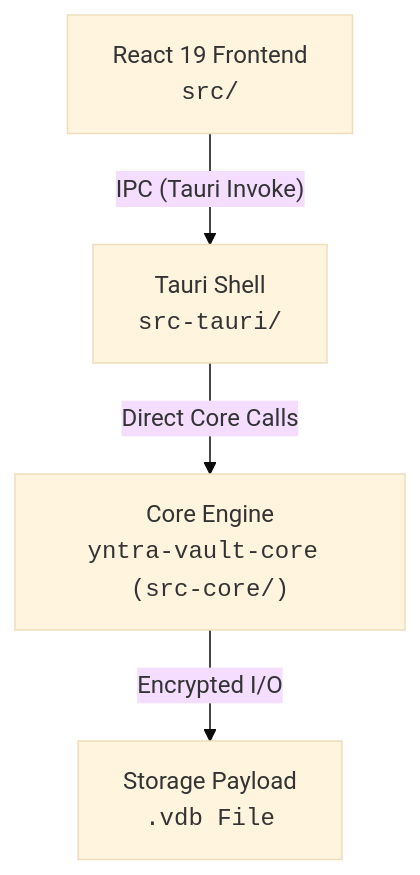
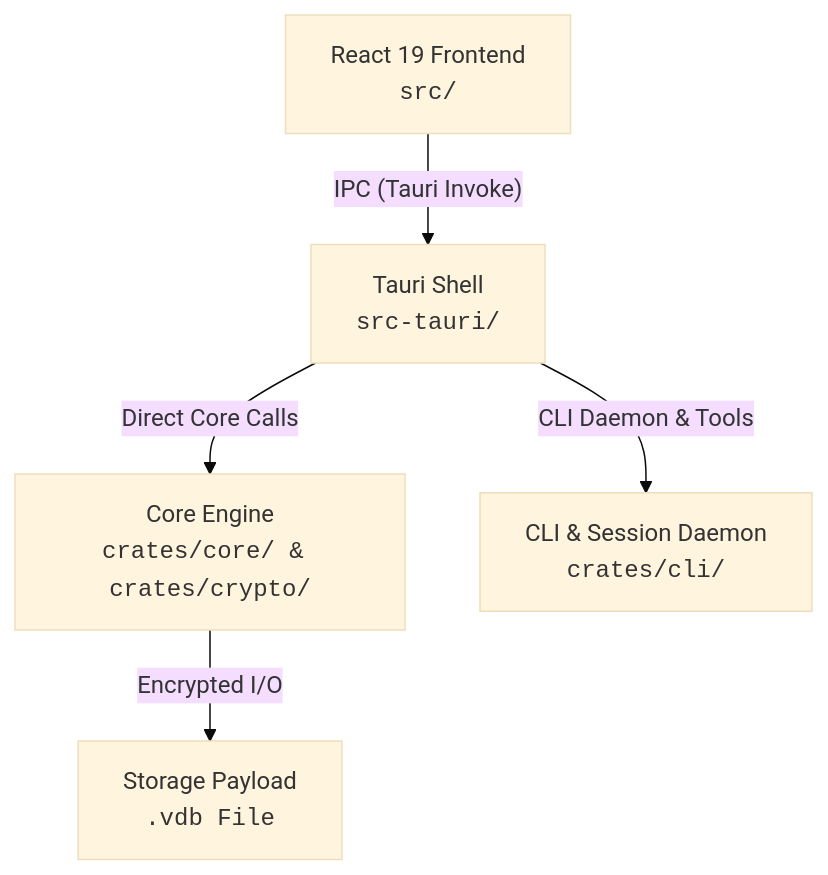
One commit to YntraAB/yntra-vault changed the second of 2 diagrams in README.md. Above: the diagram before and after it, drawn with Mermaid (base theme). The commit also changed other lines of this file and 4 other files, not shown here.

Commit message:
Release Yntra Vault v0.1.3

````diff
--- a/README.md
+++ b/README.md
@@ -42,6 +44,7 @@
 ```mermaid
 graph TD
     A["React 19 Frontend<br/><code>src/</code>"] -->|"IPC (Tauri Invoke)"| B["Tauri Shell<br/><code>src-tauri/</code>"]
-    B -->|"Direct Core Calls"| C["Core Engine<br/><code>yntra-vault-core (src-core/)</code>"]
+    B -->|"Direct Core Calls"| C["Core Engine<br/><code>crates/core/ & crates/crypto/</code>"]
+    B -->|"CLI Daemon & Tools"| CLI["CLI & Session Daemon<br/><code>crates/cli/</code>"]
     C -->|"Encrypted I/O"| D["Storage Payload<br/><code>.vdb File</code>"]
 ```
````
